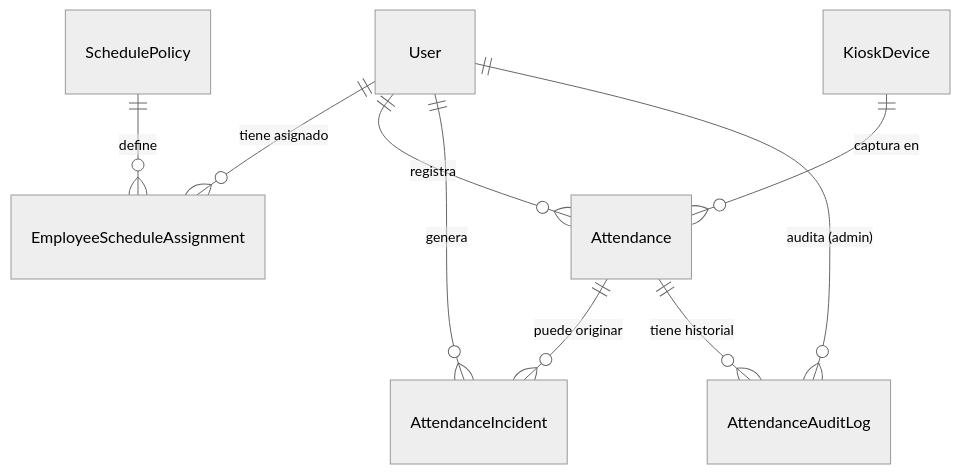
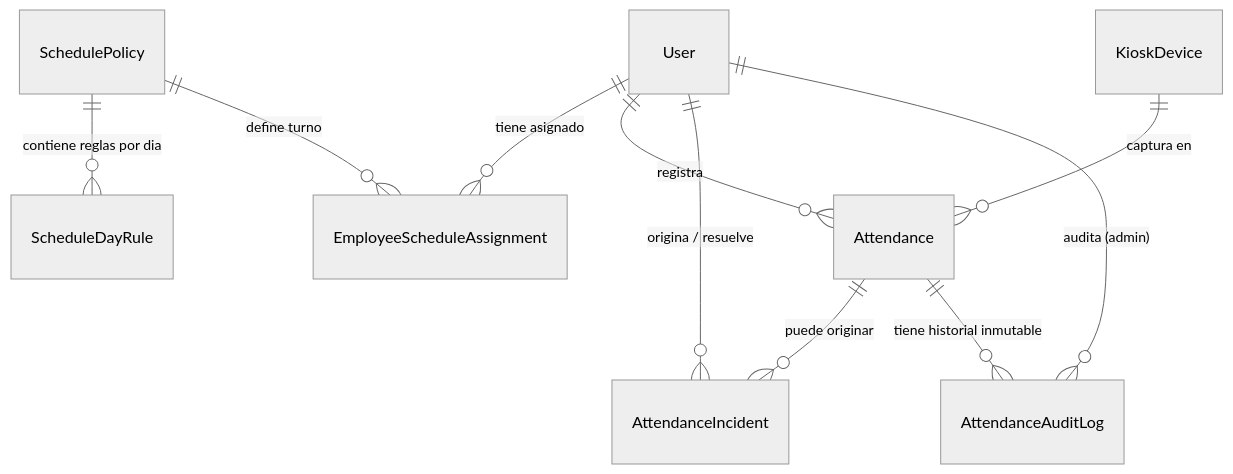
The second of 2 diagrams in ARQUITECTURA.md (intecoalsas/intecoal-asistencia), drawn with Mermaid (neutral theme) before and after one commit. The commit also changed other lines of this file and 21 other files, not shown here.

````diff
--- a/ARQUITECTURA.md
+++ b/ARQUITECTURA.md
@@ -117,14 +117,15 @@
 ```mermaid
 erDiagram
     User ||--o{ EmployeeScheduleAssignment : "tiene asignado"
     User ||--o{ Attendance : "registra"
-    User ||--o{ AttendanceIncident : "genera"
+    User ||--o{ AttendanceIncident : "origina / resuelve"
     User ||--o{ AttendanceAuditLog : "audita (admin)"
 
-    SchedulePolicy ||--o{ EmployeeScheduleAssignment : "define"
+    SchedulePolicy ||--o{ ScheduleDayRule : "contiene reglas por dia"
+    SchedulePolicy ||--o{ EmployeeScheduleAssignment : "define turno"
 
     Attendance ||--o{ AttendanceIncident : "puede originar"
-    Attendance ||--o{ AttendanceAuditLog : "tiene historial"
+    Attendance ||--o{ AttendanceAuditLog : "tiene historial inmutable"
 
     KioskDevice ||--o{ Attendance : "captura en"
 ```
````
